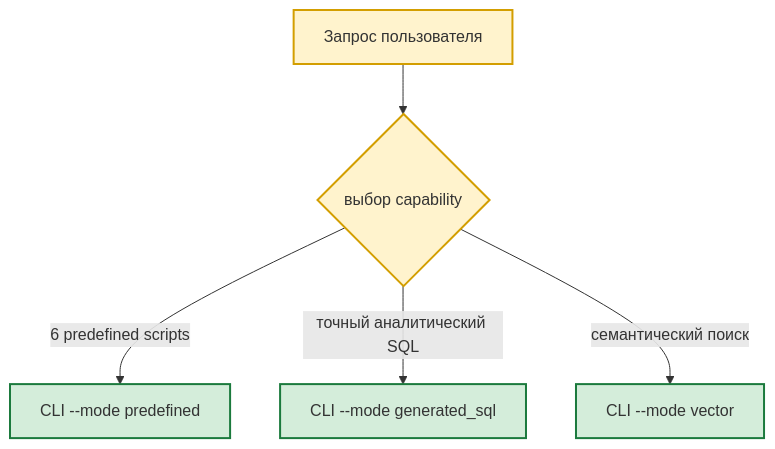
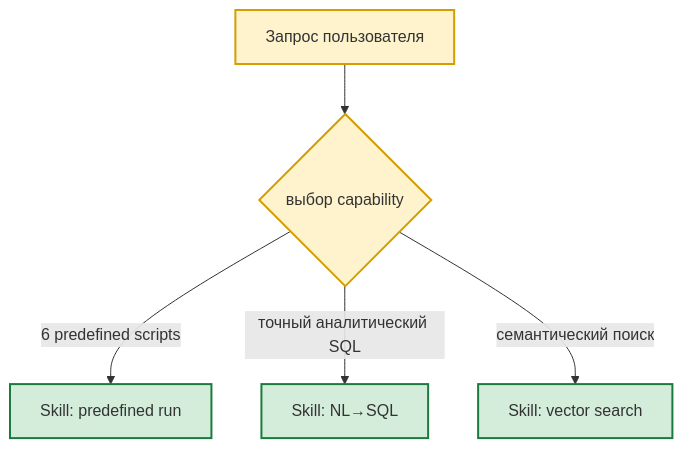
Before and after one commit to AlexEgorov85/workspaces_nanobot: the fourth of 12 diagrams in docs/TARGET_ARCHITECTURE.md, drawn with Mermaid. The commit also changed other lines of this file and 3 other files, not shown here.

````diff
--- a/docs/TARGET_ARCHITECTURE.md
+++ b/docs/TARGET_ARCHITECTURE.md
@@ -432,11 +458,11 @@
 ```mermaid
 flowchart TD
     U["Запрос пользователя"] --> D{выбор capability}
-    D -->|6 predefined scripts| Q["CLI --mode predefined"]
-    D -->|точный аналитический SQL| G["CLI --mode generated_sql"]
-    D -->|семантический поиск| V["CLI --mode vector"]
+    D -->|6 predefined scripts| Q["Skill: predefined run"]
+    D -->|точный аналитический SQL| G["Skill: NL→SQL"]
+    D -->|семантический поиск| V["Skill: vector search"]
     classDef core fill:#fff3cd,stroke:#d39e00,stroke-width:2px
     classDef infra fill:#d4edda,stroke:#1b7a3d,stroke-width:2px
     class U,D core
     class Q,G,V infra
 ```
````
